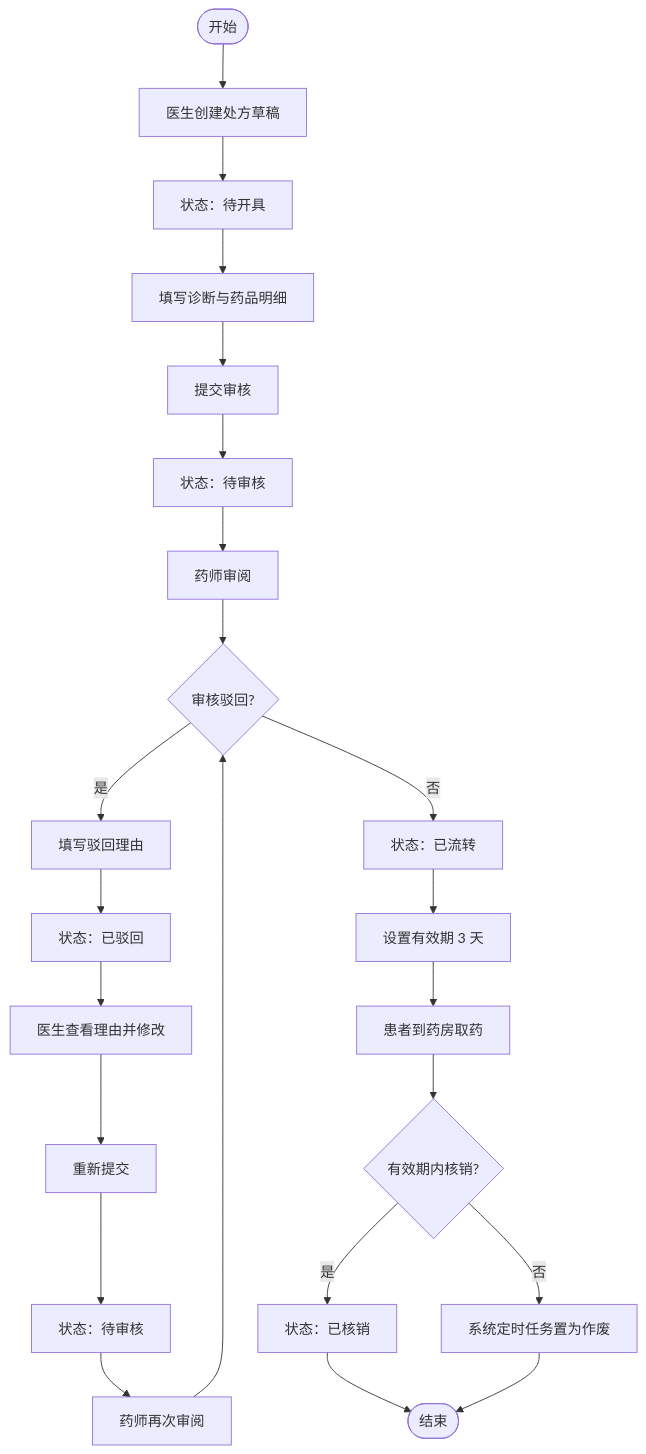
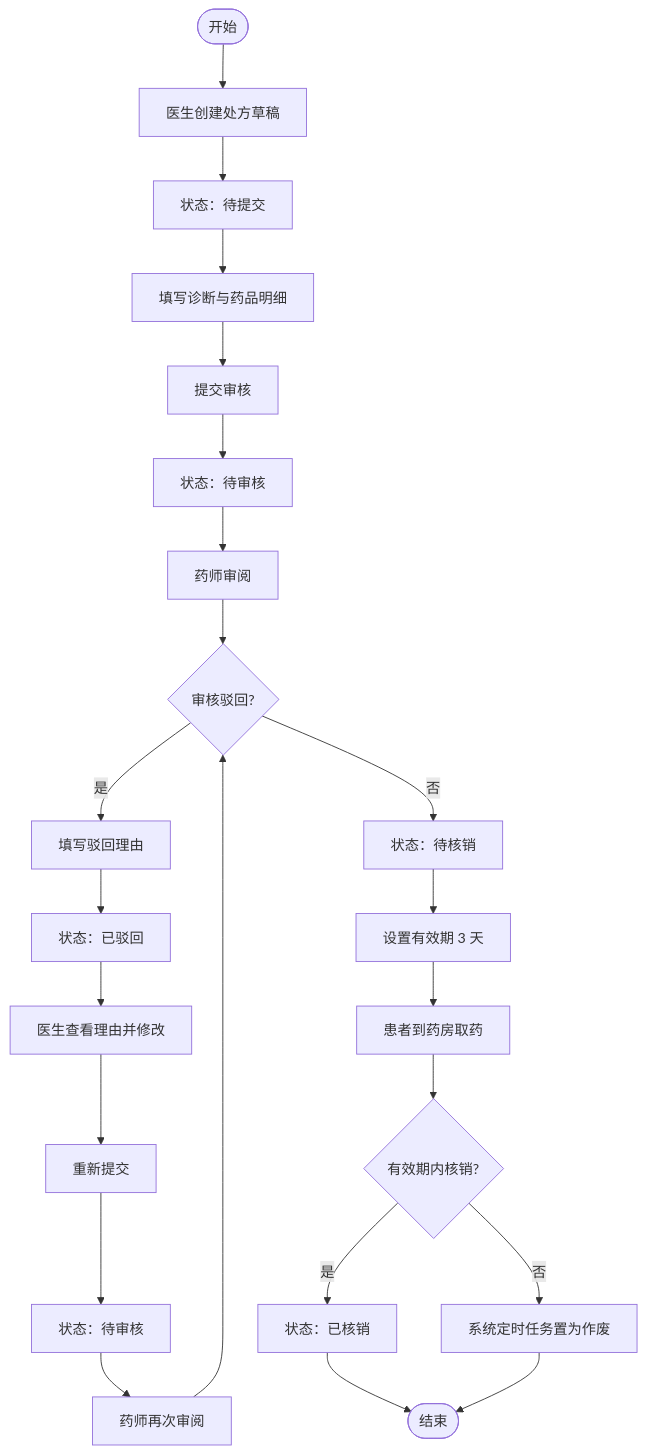
The fifth of 7 diagrams in docs/diagrams/README.md (RefuseIOT/MedicinePlatform), drawn with Mermaid before and after one commit. The commit also changed other lines of this file and 3 other files, not shown here.

````diff
--- a/docs/diagrams/README.md
+++ b/docs/diagrams/README.md
@@ -128,25 +128,25 @@
 ```mermaid
 flowchart TD
     A([开始]) --> B[医生创建处方草稿]
-    B --> C[状态：待开具]
+    B --> C[状态：待提交]
     C --> D[填写诊断与药品明细]
     D --> E[提交审核]
     E --> F[状态：待审核]
     F --> G[药师审阅]
     G --> H{审核驳回?}
     H -- 是 --> I[填写驳回理由]
     I --> J[状态：已驳回]
     J --> K[医生查看理由并修改]
     K --> L[重新提交]
     L --> M[状态：待审核]
     M --> N[药师再次审阅]
     N --> H
-    H -- 否 --> O[状态：已流转]
+    H -- 否 --> O[状态：待核销]
     O --> P[设置有效期 3 天]
     P --> Q[患者到药房取药]
     Q --> R{有效期内核销?}
     R -- 是 --> S[状态：已核销]
     R -- 否 --> T[系统定时任务置为作废]
     S --> U([结束])
     T --> U
 ```
````
